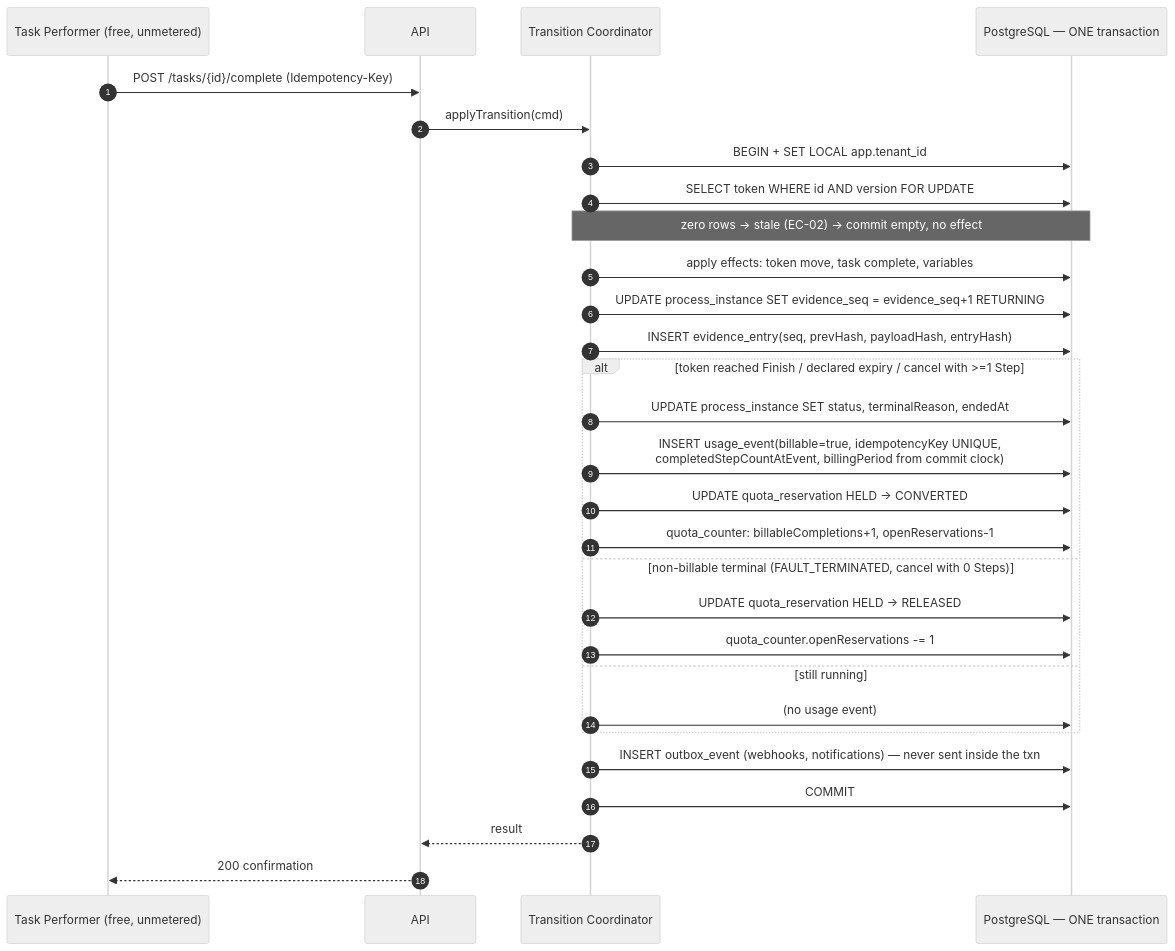
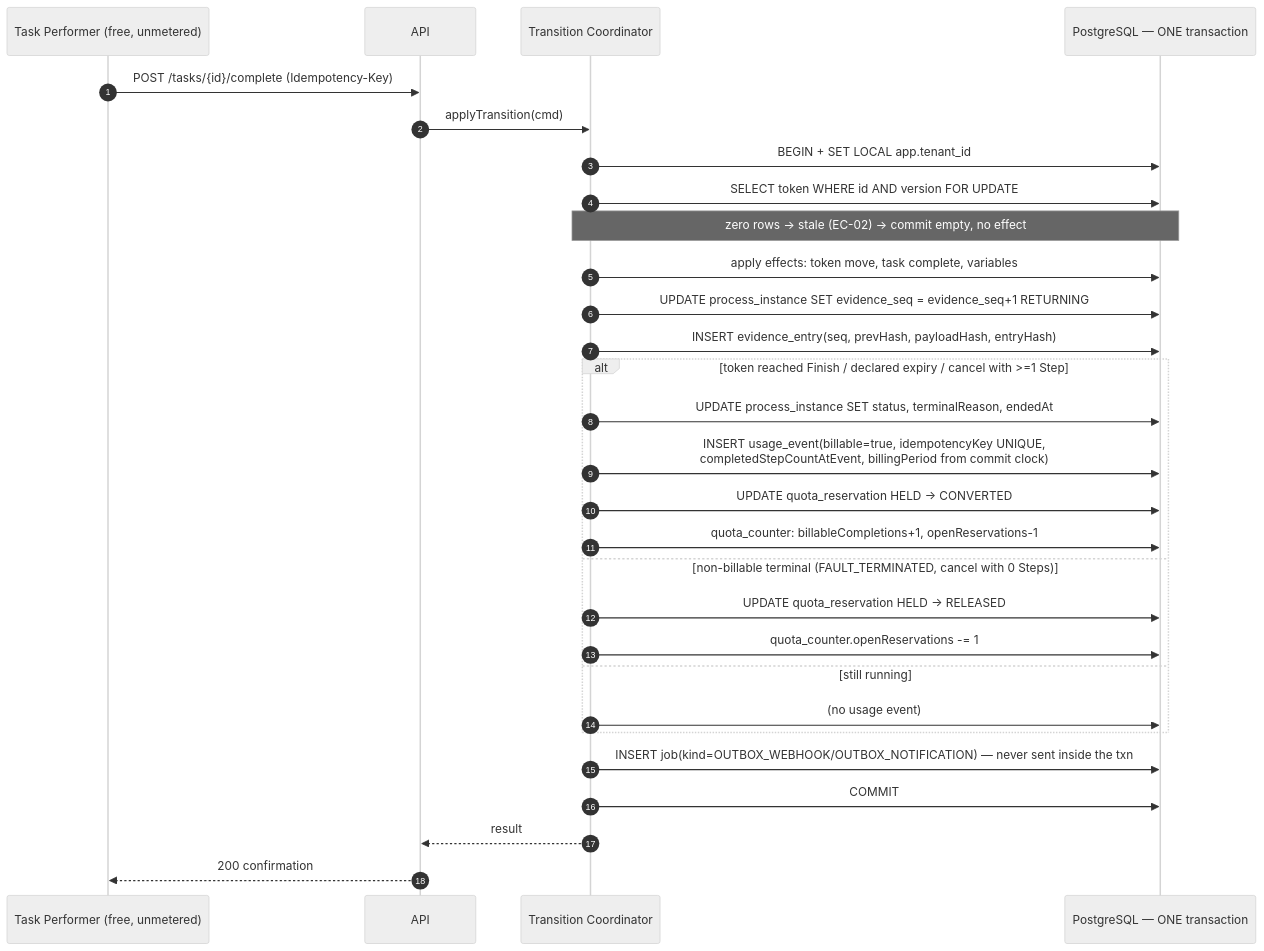
The second of 2 diagrams in products/connectbpm/docs/ADRs/007-transactional-usage-ledger-and-quota.md (Tamoura/Claude-Code-creates-the-SW-company), drawn with Mermaid (neutral theme) before and after one commit. The commit also changed other lines of this file and 4 other files, not shown here.

````diff
--- a/products/connectbpm/docs/ADRs/007-transactional-usage-ledger-and-quota.md
+++ b/products/connectbpm/docs/ADRs/007-transactional-usage-ledger-and-quota.md
@@ -103,31 +103,31 @@
 ```mermaid
 sequenceDiagram
     autonumber
     participant P as Task Performer (free, unmetered)
     participant API as API
     participant ENG as Transition Coordinator
     participant DB as PostgreSQL — ONE transaction
     P->>API: POST /tasks/{id}/complete (Idempotency-Key)
     API->>ENG: applyTransition(cmd)
     ENG->>DB: BEGIN + SET LOCAL app.tenant_id
     ENG->>DB: SELECT token WHERE id AND version FOR UPDATE
     Note over ENG,DB: zero rows -> stale (EC-02) -> commit empty, no effect
     ENG->>DB: apply effects: token move, task complete, variables
     ENG->>DB: UPDATE process_instance SET evidence_seq = evidence_seq+1 RETURNING
     ENG->>DB: INSERT evidence_entry(seq, prevHash, payloadHash, entryHash)
     alt token reached Finish / declared expiry / cancel with >=1 Step
         ENG->>DB: UPDATE process_instance SET status, terminalReason, endedAt
         ENG->>DB: INSERT usage_event(billable=true, idempotencyKey UNIQUE,<br/>completedStepCountAtEvent, billingPeriod from commit clock)
         ENG->>DB: UPDATE quota_reservation HELD -> CONVERTED
         ENG->>DB: quota_counter: billableCompletions+1, openReservations-1
     else non-billable terminal (FAULT_TERMINATED, cancel with 0 Steps)
         ENG->>DB: UPDATE quota_reservation HELD -> RELEASED
         ENG->>DB: quota_counter.openReservations -= 1
     else still running
         ENG->>DB: (no usage event)
     end
-    ENG->>DB: INSERT outbox_event (webhooks, notifications) — never sent inside the txn
+    ENG->>DB: INSERT job(kind=OUTBOX_WEBHOOK/OUTBOX_NOTIFICATION) — never sent inside the txn
     ENG->>DB: COMMIT
     ENG-->>API: result
     API-->>P: 200 confirmation
 ```
````
